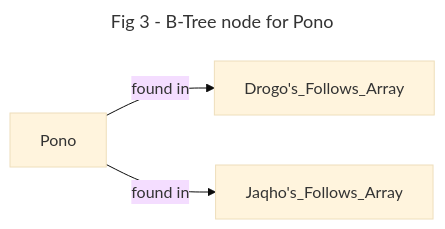
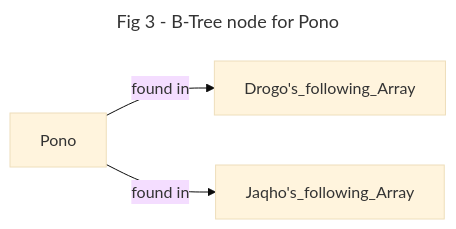
One commit to kirkdotcam/xylem changed the third of 3 diagrams in indexingRelationships/explainer.md. Above: the diagram before and after it, drawn with Mermaid (base theme). The commit also changed other lines of this file, not shown here.

Commit message:
correct follows/following

````diff
--- a/indexingRelationships/explainer.md
+++ b/indexingRelationships/explainer.md
@@ -82,8 +84,8 @@
 ```mermaid
 ---
 title: Fig 3 - B-Tree node for Pono
 ---
 flowchart LR
-    Pono -->|found in| Drogo's_Follows_Array
-    Pono -->|found in| Jaqho's_Follows_Array
+    Pono -->|found in| Drogo's_following_Array
+    Pono -->|found in| Jaqho's_following_Array
 ```
````
